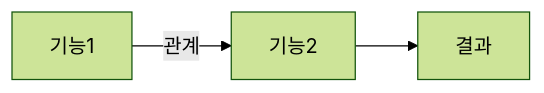
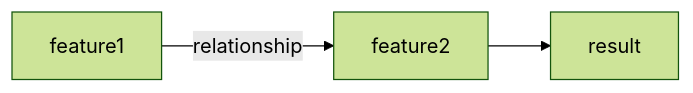
Before and after one commit to noory-code/noory-ai: the second of 4 diagrams in solera/skills/writing-goal/references/mermaid-service-map.md, drawn with Mermaid (forest theme). The commit also changed other lines of this file and 95 other files, not shown here.

````diff
--- a/solera/skills/writing-goal/references/mermaid-service-map.md
+++ b/solera/skills/writing-goal/references/mermaid-service-map.md
@@ -27,8 +27,8 @@
 ```mermaid
 flowchart LR
-    A[기능1] -->|관계| B[기능2]
-    B --> C[결과]
+    A[feature1] -->|relationship| B[feature2]
+    B --> C[result]
 
     classDef planned fill:#f5f5f5,stroke:#999,color:#666
     classDef v1 fill:#c8e6c9,stroke:#4caf50
 ```
````
